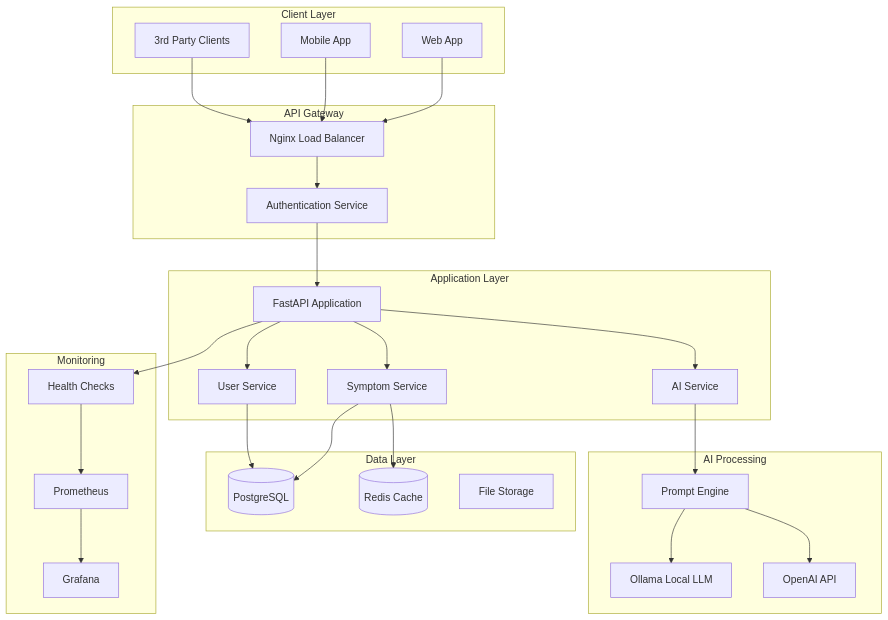
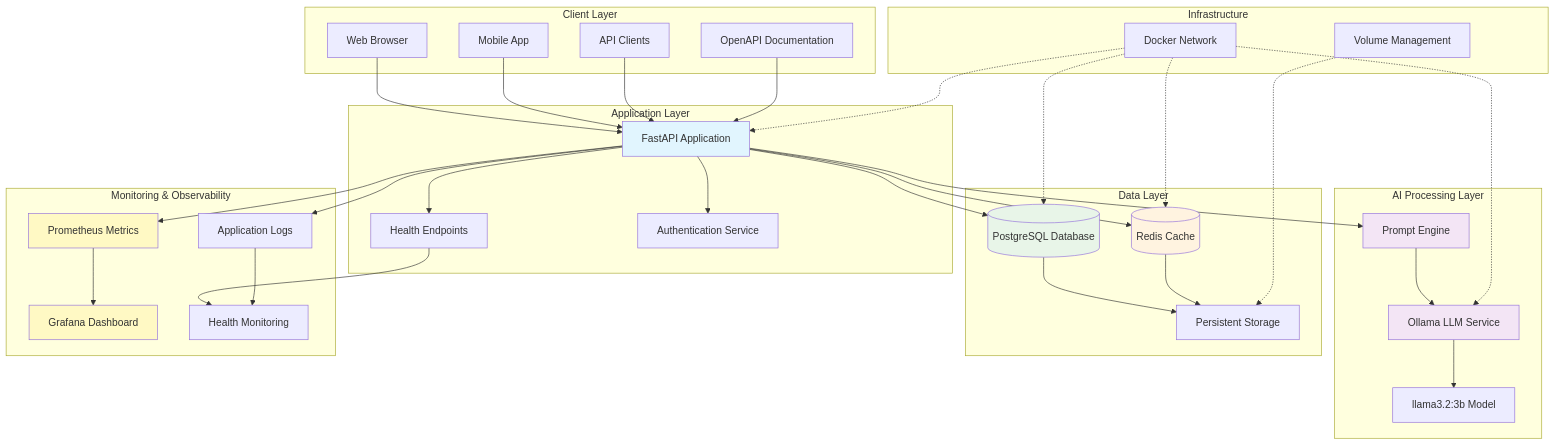
The first of 4 diagrams in docs/system-design/architecture/architecture_diagram.md (tc2780/Pet-Health-AI-API), drawn with Mermaid before and after one commit. The commit also changed other lines of this file and 15 other files, not shown here.

````diff
--- a/docs/system-design/architecture/architecture_diagram.md
+++ b/docs/system-design/architecture/architecture_diagram.md
@@ -5,61 +5,83 @@
 ```mermaid
 graph TB
     subgraph "Client Layer"
-        WEB[Web App]
+        WEB[Web Browser]
         MOBILE[Mobile App]
-        API_CLIENT[3rd Party Clients]
-    end
-    
-    subgraph "API Gateway"
-        NGINX[Nginx Load Balancer]
-        AUTH[Authentication Service]
+        API_CLIENT[API Clients]
+        DOCS[OpenAPI Documentation]
     end
     
     subgraph "Application Layer"
         API[FastAPI Application]
-        SYMPTOM_SVC[Symptom Service]
-        AI_SVC[AI Service]
-        USER_SVC[User Service]
+        HEALTH[Health Endpoints]
+        AUTH[Authentication Service]
     end
     
-    subgraph "AI Processing"
-        OLLAMA[Ollama Local LLM]
-        OPENAI[OpenAI API]
+    subgraph "AI Processing Layer"
         PROMPT[Prompt Engine]
+        OLLAMA[Ollama LLM Service]
+        MODEL[llama3.2:3b Model]
     end
     
     subgraph "Data Layer"
-        POSTGRES[(PostgreSQL)]
+        POSTGRES[(PostgreSQL Database)]
         REDIS[(Redis Cache)]
-        S3[File Storage]
+        VOLUMES[Persistent Storage]
     end
     
-    subgraph "Monitoring"
-        PROMETHEUS[Prometheus]
-        GRAFANA[Grafana]
-        HEALTH[Health Checks]
+    subgraph "Monitoring & Observability"
+        PROMETHEUS[Prometheus Metrics]
+        GRAFANA[Grafana Dashboard]
+        LOGS[Application Logs]
+        HEALTH_CHECKS[Health Monitoring]
     end
     
-    WEB --> NGINX
-    MOBILE --> NGINX
-    API_CLIENT --> NGINX
+    subgraph "Infrastructure"
+        DOCKER[Docker Network]
+        VOLUMES_MGMT[Volume Management]
+    end
     
-    NGINX --> AUTH
-    AUTH --> API
+    %% Client connections
+    WEB --> API
+    MOBILE --> API
+    API_CLIENT --> API
+    DOCS --> API
     
-    API --> SYMPTOM_SVC
-    API --> AI_SVC
-    API --> USER_SVC
+    %% Application layer connections
+    API --> AUTH
+    API --> HEALTH
+    API --> PROMPT
+    API --> POSTGRES
+    API --> REDIS
     
-    AI_SVC --> PROMPT
+    %% AI processing flow
     PROMPT --> OLLAMA
-    PROMPT --> OPENAI
+    OLLAMA --> MODEL
     
-    SYMPTOM_SVC --> POSTGRES
-    SYMPTOM_SVC --> REDIS
-    USER_SVC --> POSTGRES
+    %% Data layer connections
+    POSTGRES --> VOLUMES
+    REDIS --> VOLUMES
     
-    API --> HEALTH
-    HEALTH --> PROMETHEUS
+    %% Monitoring connections
+    API --> PROMETHEUS
+    API --> LOGS
+    HEALTH --> HEALTH_CHECKS
     PROMETHEUS --> GRAFANA
+    LOGS --> HEALTH_CHECKS
+    
+    %% Infrastructure connections
+    DOCKER -.-> API
+    DOCKER -.-> OLLAMA
+    DOCKER -.-> POSTGRES
+    DOCKER -.-> REDIS
+    VOLUMES_MGMT -.-> VOLUMES
+
+    %% Styling
+    style API fill:#e1f5fe
+    style PROMPT fill:#f3e5f5
+    style OLLAMA fill:#f3e5f5
+    style POSTGRES fill:#e8f5e8
+    style REDIS fill:#fff3e0
+    style PROMETHEUS fill:#fff9c4
+    style GRAFANA fill:#fff9c4
 ```
````
